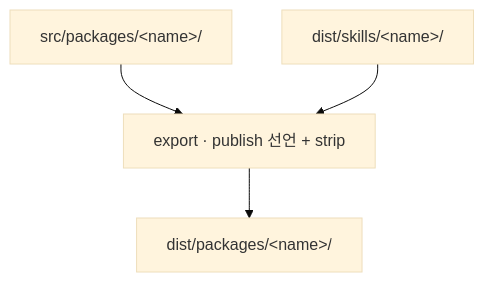
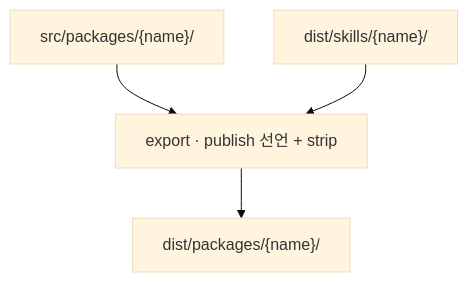
Before and after one commit to rheech22/harness: the third of 3 diagrams in README.md, drawn with Mermaid (base theme). The commit also changed other lines of this file, not shown here.

First line of the commit message:
docs(repo): Mermaid 경로의 placeholder를 중괄호로 표기한다

````diff
--- a/README.md
+++ b/README.md
@@ -71,8 +71,8 @@
 ```mermaid
 flowchart TD
   accTitle: export로 외부 배포 스냅샷 생성
   accDescr: publish에 선언된 standalone 패키지 원본 또는 생성된 문서 스킬을 복사하여 릴리스 스냅샷을 만든다.
-  package["src/packages/&lt;name&gt;/"] --> export["export · publish 선언 + strip"]
-  skill["dist/skills/&lt;name&gt;/"] --> export
-  export --> snapshot["dist/packages/&lt;name&gt;/"]
+  package["src/packages/{name}/"] --> export["export · publish 선언 + strip"]
+  skill["dist/skills/{name}/"] --> export
+  export --> snapshot["dist/packages/{name}/"]
 ```
````
